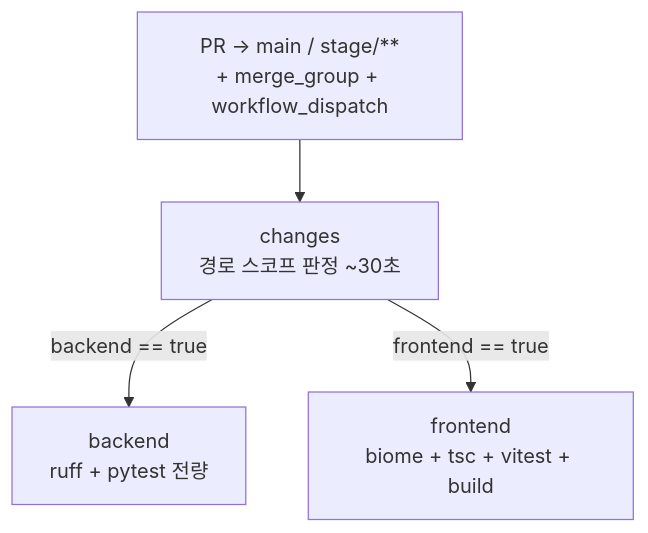
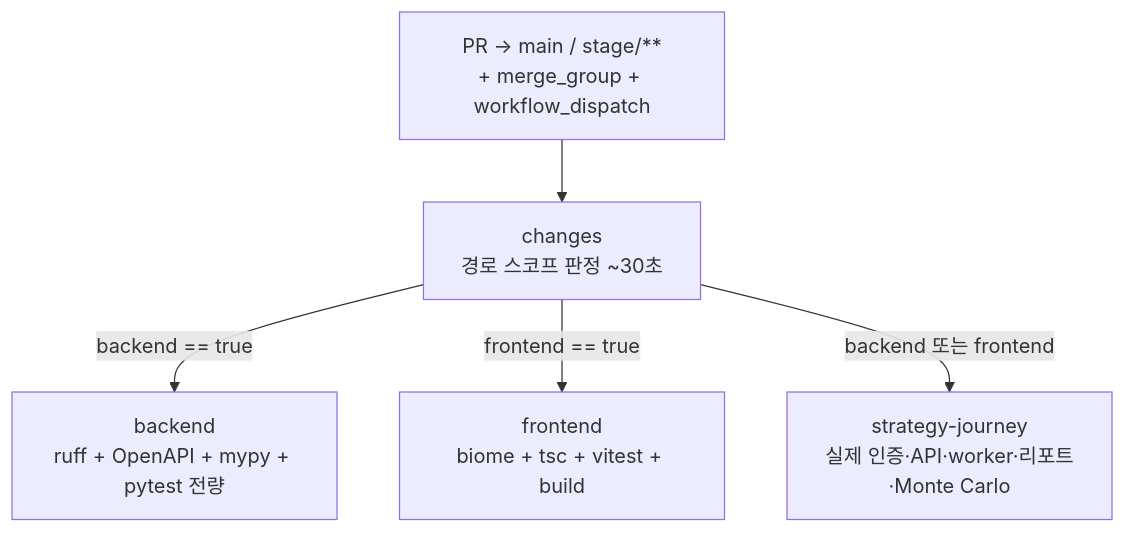
Before and after one commit to woosung-dev/quantbridge: the diagram in docs/development/ci-cd.md, drawn with Mermaid. The commit also changed other lines of this file and 31 other files, not shown here.

````diff
--- a/docs/development/ci-cd.md
+++ b/docs/development/ci-cd.md
@@ -10,11 +10,13 @@
 ```mermaid
 flowchart TB
     Trigger[PR → main / stage/**\n+ merge_group + workflow_dispatch]
     CH[changes\n경로 스코프 판정 ~30초]
-    BE[backend\nruff + pytest 전량]
+    BE[backend\nruff + OpenAPI + mypy + pytest 전량]
     FE[frontend\nbiome + tsc + vitest + build]
 
+    J[strategy-journey\n실제 인증·API·worker·리포트·Monte Carlo]
     Trigger --> CH
     CH -->|backend == true| BE
     CH -->|frontend == true| FE
+    CH -->|backend 또는 frontend| J
 ```
````
